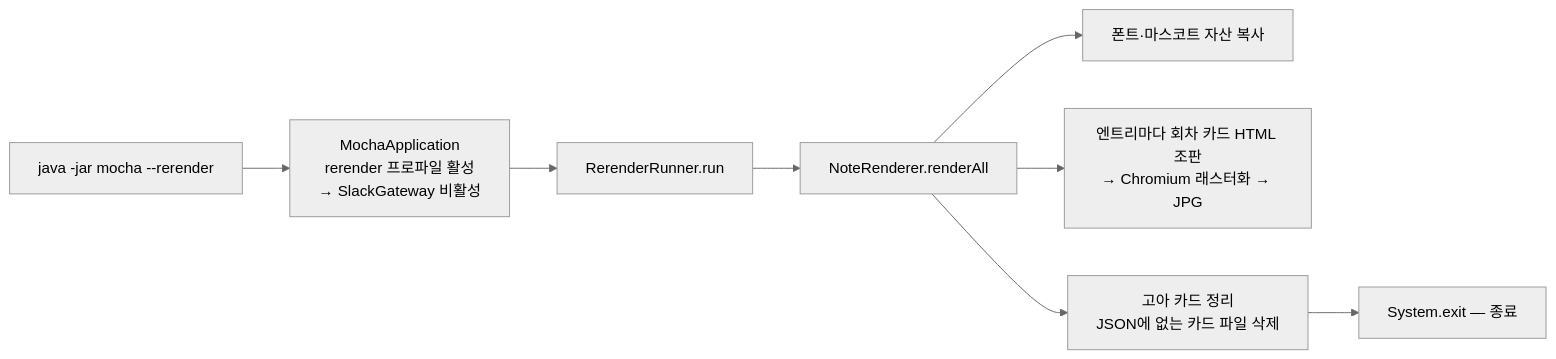
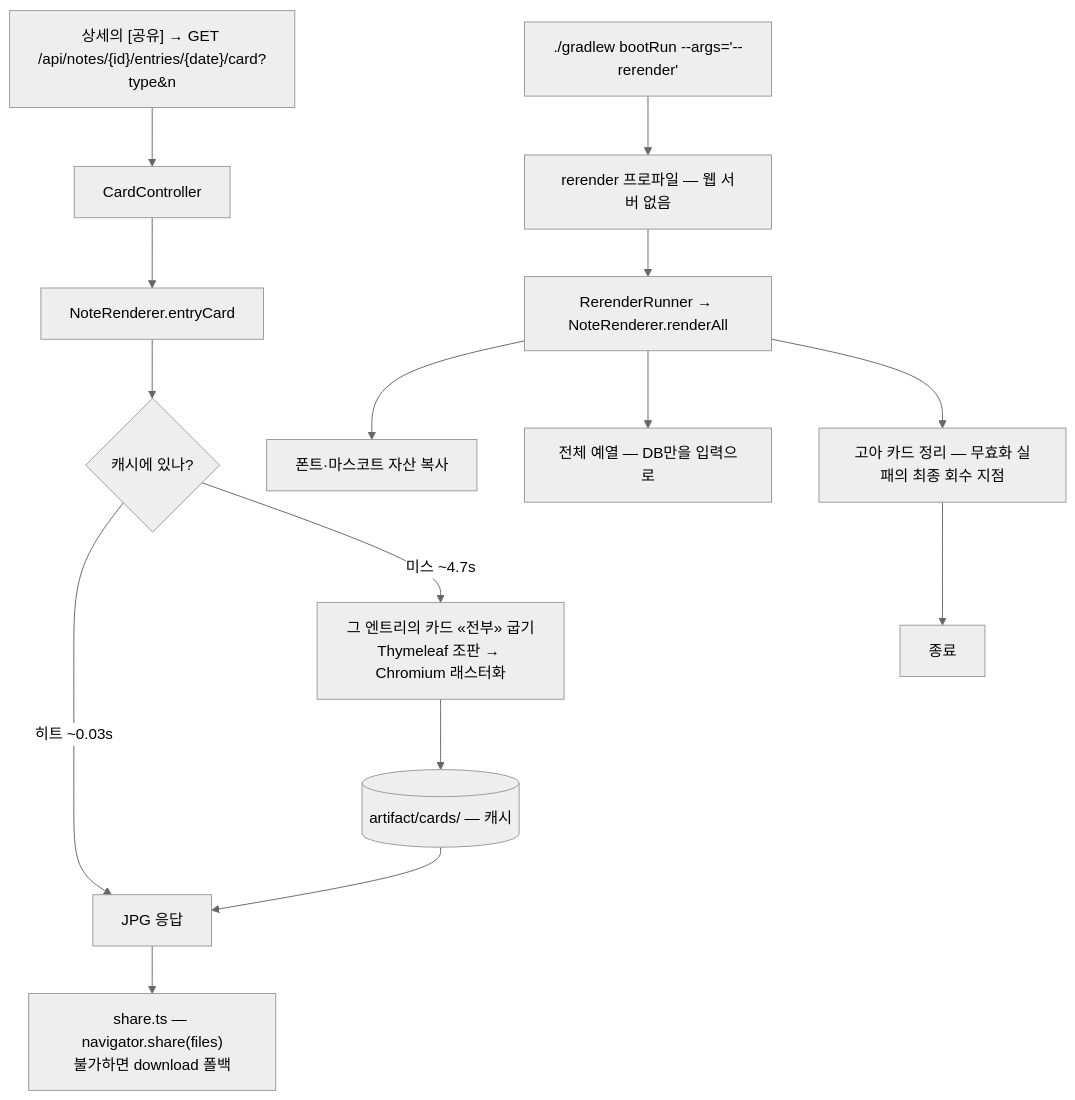
Before and after one commit to devwuu/mocha: the seventh of 9 diagrams in docs/architecture-classes-and-flows.md, drawn with Mermaid (neutral theme). The commit also changed other lines of this file and 1 other file, not shown here.

````diff
--- a/docs/architecture-classes-and-flows.md
+++ b/docs/architecture-classes-and-flows.md
@@ -508,9 +537,17 @@
 ```mermaid
-flowchart LR
-    A["java -jar mocha --rerender"] --> B[MochaApplication<br/>rerender 프로파일 활성<br/>→ SlackGateway 비활성]
-    B --> C[RerenderRunner.run] --> D[NoteRenderer.renderAll]
-    D --> E[폰트·마스코트 자산 복사]
-    D --> F[엔트리마다 회차 카드 HTML 조판<br/>→ Chromium 래스터화 → JPG]
-    D --> G[고아 카드 정리<br/>JSON에 없는 카드 파일 삭제]
-    G --> H[System.exit — 종료]
+flowchart TB
+    A["상세의 [공유] → GET /api/notes/{id}/entries/{date}/card?type&n"] --> B[CardController]
+    B --> C[NoteRenderer.entryCard]
+    C --> D{캐시에 있나?}
+    D -->|히트 ~0.03s| E[JPG 응답]
+    D -->|미스 ~4.7s| F["그 엔트리의 카드 «전부» 굽기<br/>Thymeleaf 조판 → Chromium 래스터화"]
+    F --> G[(artifact/cards/ — 캐시)] --> E
+    E --> H["share.ts — navigator.share(files)<br/>불가하면 download 폴백"]
+
+    R["./gradlew bootRun --args='--rerender'"] --> R1[rerender 프로파일 — 웹 서버 없음]
+    R1 --> R2[RerenderRunner → NoteRenderer.renderAll]
+    R2 --> R3[폰트·마스코트 자산 복사]
+    R2 --> R4[전체 예열 — DB만을 입력으로]
+    R2 --> R5[고아 카드 정리 — 무효화 실패의 최종 회수 지점]
+    R5 --> R6[종료]
 ```
````
